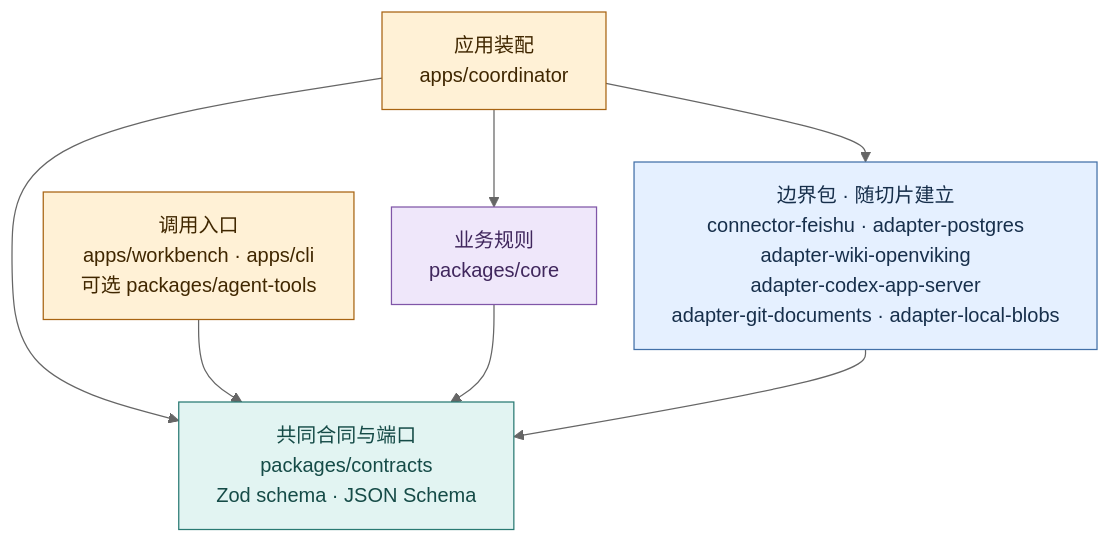
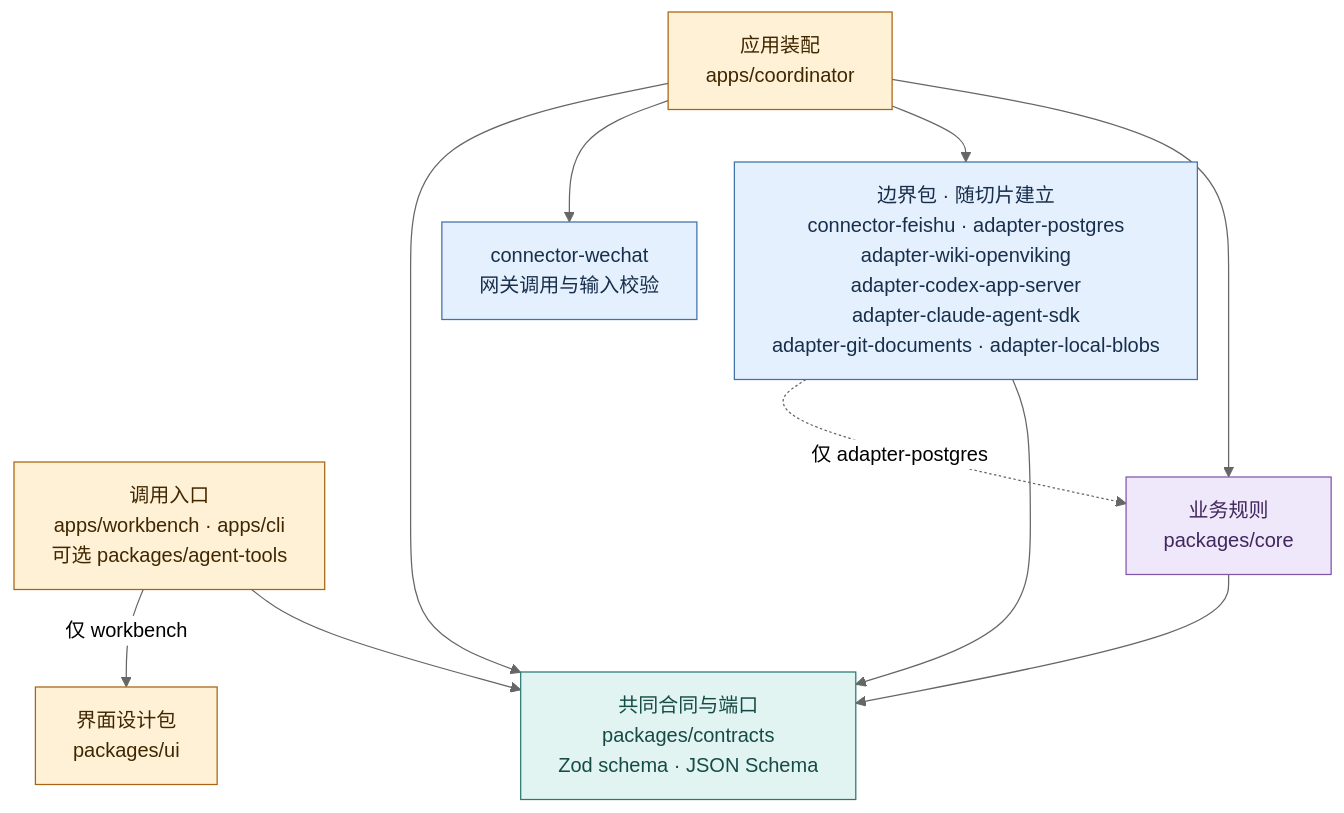
One commit to cyl19970726/evoLoop changed the third of 3 diagrams in docs/architecture/packages.md. Above: the diagram before and after it, drawn with Mermaid (neutral theme). The commit also changed other lines of this file and 10 other files, not shown here.

First line of the commit message:
docs(architecture): 新增 Session 运行时与部署页，同步运行时与存储现状

````diff
--- a/docs/architecture/packages.md
+++ b/docs/architecture/packages.md
@@ -91,19 +95,24 @@
 ```mermaid
 %%{init: {"flowchart":{"wrappingWidth":320,"nodeSpacing":30,"rankSpacing":42}}}%%
 flowchart TB
   D["应用装配<br/>apps/coordinator"]:::app
   C["调用入口<br/>apps/workbench · apps/cli<br/>可选 packages/agent-tools"]:::app
+  U["界面设计包<br/>packages/ui"]:::app
   K["业务规则<br/>packages/core"]:::core
-  A["边界包 · 随切片建立<br/>connector-feishu · adapter-postgres<br/>adapter-wiki-openviking<br/>adapter-codex-app-server<br/>adapter-git-documents · adapter-local-blobs"]:::adapter
+  A["边界包 · 随切片建立<br/>connector-feishu · adapter-postgres<br/>adapter-wiki-openviking<br/>adapter-codex-app-server<br/>adapter-claude-agent-sdk<br/>adapter-git-documents · adapter-local-blobs"]:::adapter
+  WX["connector-wechat<br/>网关调用与输入校验"]:::adapter
   P["共同合同与端口<br/>packages/contracts<br/>Zod schema · JSON Schema"]:::port
   D --> K
   D --> A
+  D --> WX
   D --> P
   C --> P
+  C -->|仅 workbench| U
   K --> P
   A --> P
+  A -.->|仅 adapter-postgres| K
   classDef app fill:#FFF1D6,stroke:#A86412,color:#402700
   classDef core fill:#EFE7FA,stroke:#8056A8,color:#40275D
   classDef port fill:#E2F4F2,stroke:#297A73,color:#154B47
   classDef adapter fill:#E5F0FF,stroke:#4270A8,color:#172F4B
 ```
````
